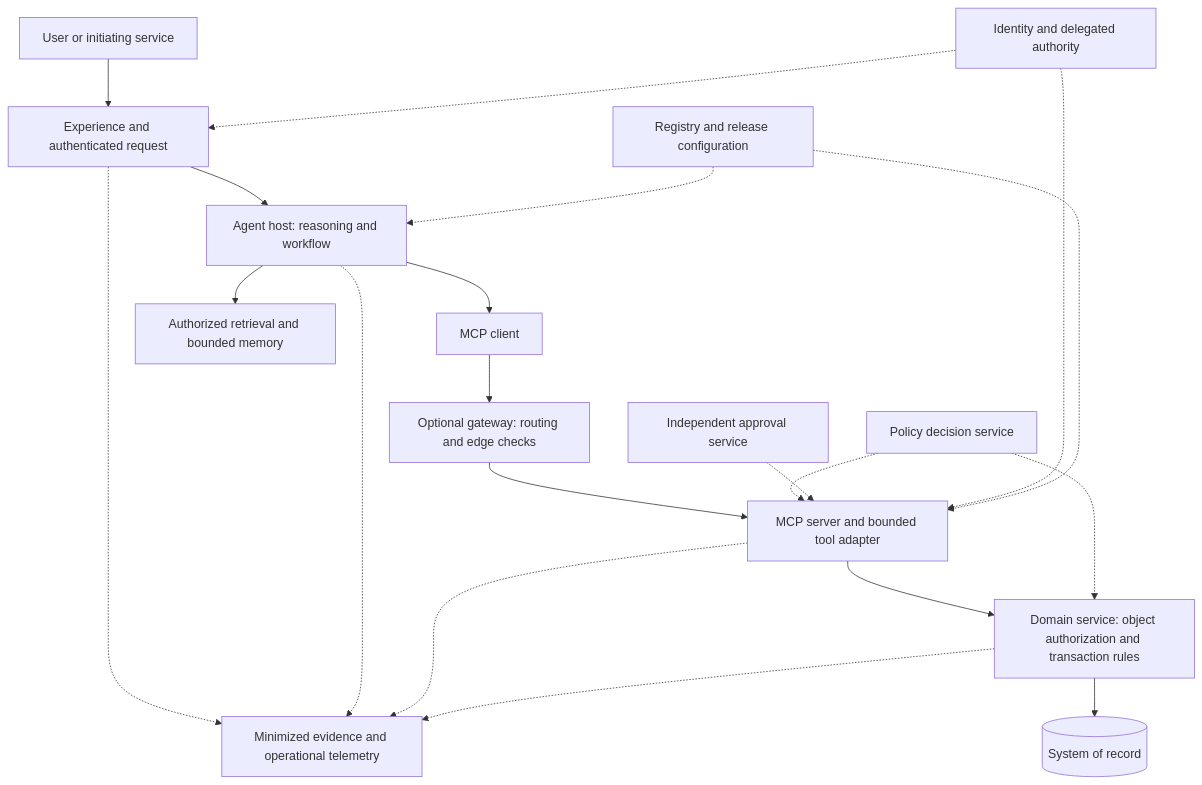
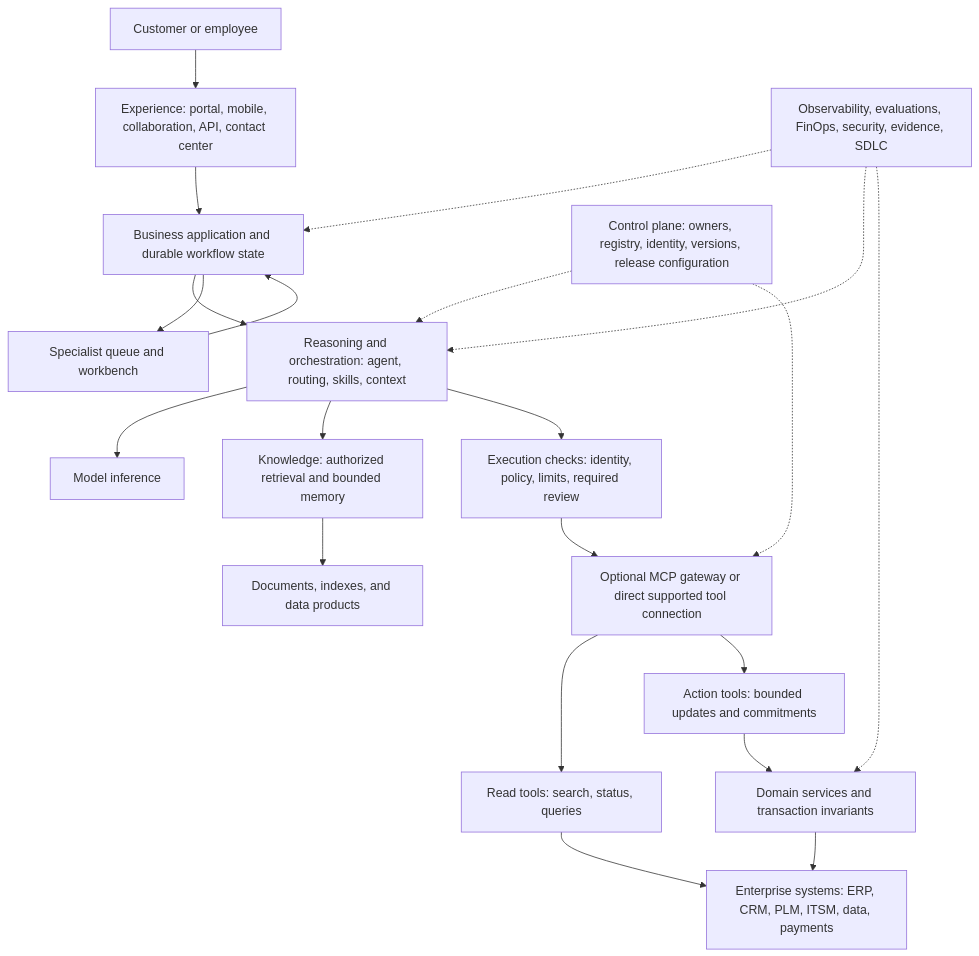
One commit to shibinantony/enterprise-ai-architecture-guide changed the first of 2 diagrams in docs/reference-architecture.md. Above: the diagram before and after it, drawn with Mermaid. The commit also changed other lines of this file and 32 other files, not shown here.

Commit message:
Reframe guide around enterprise AI value, GCP architecture, cloud economics, and Day 0-2 adoption

````diff
--- a/docs/reference-architecture.md
+++ b/docs/reference-architecture.md
@@ -7,22 +22,23 @@
 ```mermaid
 flowchart TB
-    U[User or initiating service] --> X[Experience and authenticated request]
-    X --> H[Agent host: reasoning and workflow]
-    H --> C[MCP client]
-    C --> G[Optional gateway: routing and edge checks]
-    G --> T[MCP server and bounded tool adapter]
-    T --> B[Domain service: object authorization and transaction rules]
-    B --> S[(System of record)]
-    H --> K[Authorized retrieval and bounded memory]
-    P[Policy decision service] -.-> T
-    P -.-> B
-    A[Independent approval service] -.-> T
-    I[Identity and delegated authority] -.-> X
-    I -.-> T
-    R[Registry and release configuration] -.-> H
-    R -.-> T
-    X -.-> E[Minimized evidence and operational telemetry]
-    H -.-> E
-    T -.-> E
-    B -.-> E
+    U[Customer or employee] --> X[Experience: portal, mobile, collaboration, API, contact center]
+    X --> W[Business application and durable workflow state]
+    W --> O[Reasoning and orchestration: agent, routing, skills, context]
+    O --> M[Model inference]
+    O --> K[Knowledge: authorized retrieval and bounded memory]
+    K --> D[Documents, indexes, and data products]
+    O --> P[Execution checks: identity, policy, limits, required review]
+    P --> G[Optional MCP gateway or direct supported tool connection]
+    G --> R[Read tools: search, status, queries]
+    G --> A[Action tools: bounded updates and commitments]
+    R --> S[Enterprise systems: ERP, CRM, PLM, ITSM, data, payments]
+    A --> B[Domain services and transaction invariants]
+    B --> S
+    W --> H[Specialist queue and workbench]
+    H --> W
+    C[Control plane: owners, registry, identity, versions, release configuration] -.-> O
+    C -.-> G
+    E[Observability, evaluations, FinOps, security, evidence, SDLC] -.-> W
+    E -.-> O
+    E -.-> B
 ```
````
